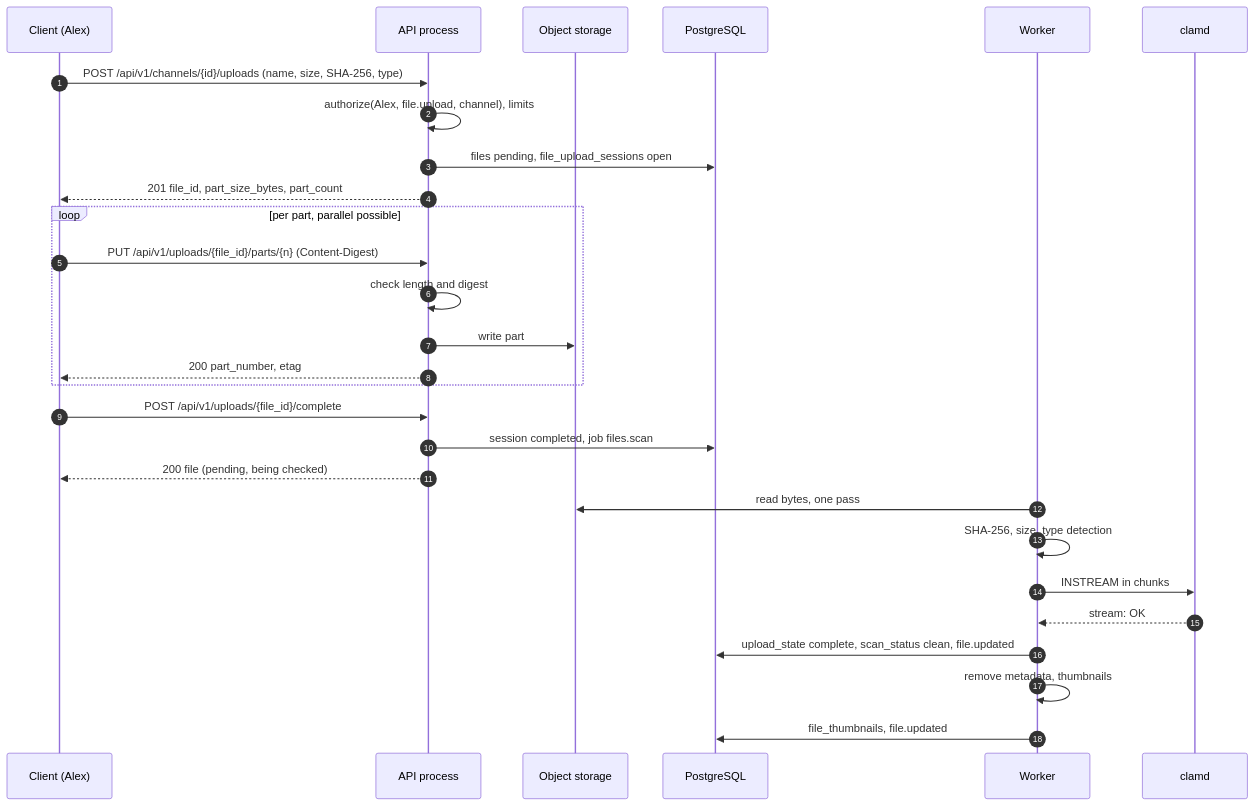
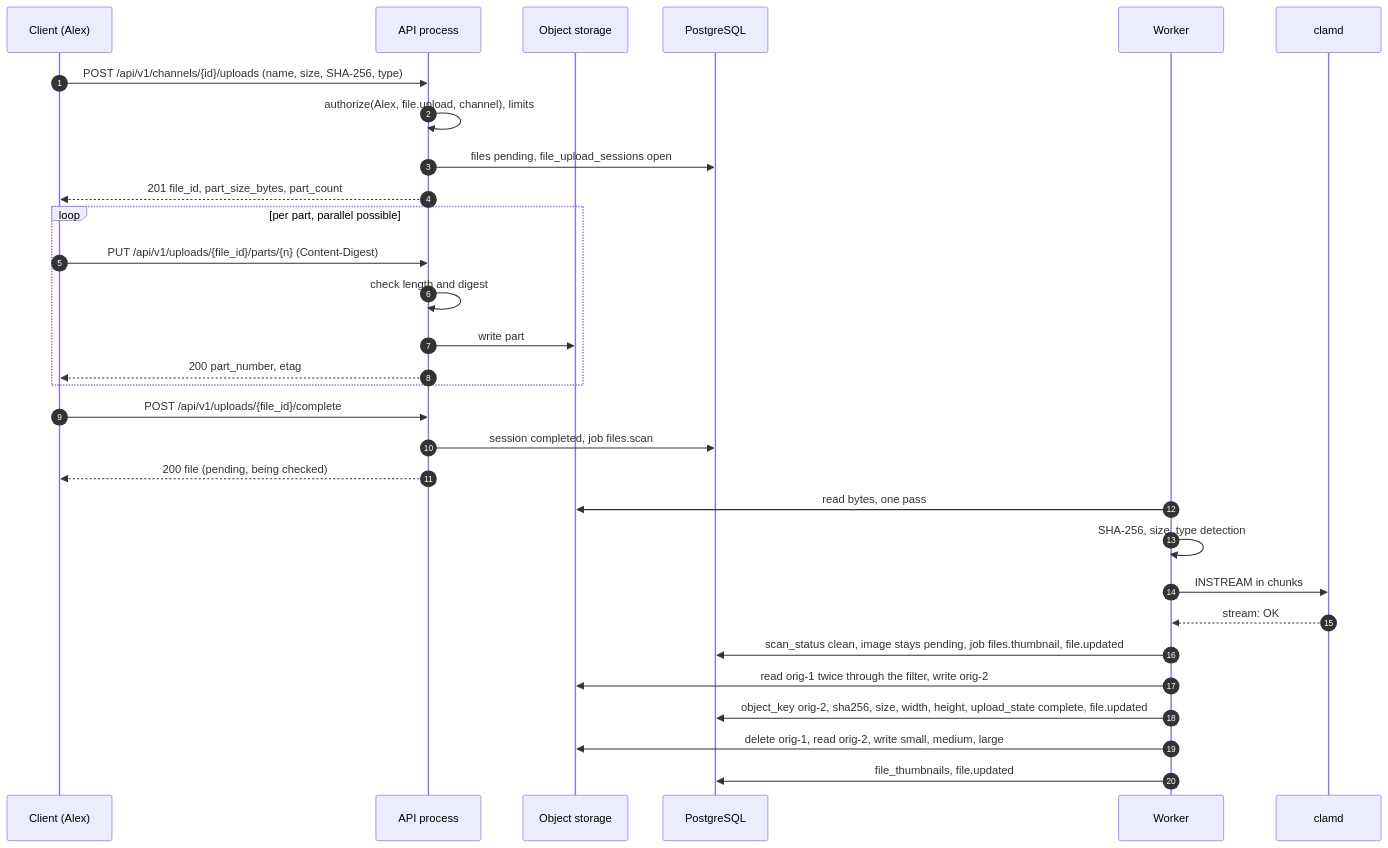
Before and after one commit to mguttmann/bothy: the second of 2 diagrams in docs/spec/12-files.md, drawn with Mermaid. The commit also changed other lines of this file and 81 other files, not shown here.

First line of the commit message:
feat(files): image metadata removal and thumbnails (M3-06) (#262)

````diff
--- a/docs/spec/12-files.md
+++ b/docs/spec/12-files.md
@@ -238,30 +253,32 @@
 ```mermaid
 sequenceDiagram
     autonumber
     participant C as Client (Alex)
     participant API as API process
     participant OS as Object storage
     participant DB as PostgreSQL
     participant W as Worker
     participant AV as clamd
     C->>API: POST /api/v1/channels/{id}/uploads (name, size, SHA-256, type)
     API->>API: authorize(Alex, file.upload, channel), limits
     API->>DB: files pending, file_upload_sessions open
     API-->>C: 201 file_id, part_size_bytes, part_count
     loop per part, parallel possible
         C->>API: PUT /api/v1/uploads/{file_id}/parts/{n} (Content-Digest)
         API->>API: check length and digest
         API->>OS: write part
         API-->>C: 200 part_number, etag
     end
     C->>API: POST /api/v1/uploads/{file_id}/complete
     API->>DB: session completed, job files.scan
     API-->>C: 200 file (pending, being checked)
     W->>OS: read bytes, one pass
     W->>W: SHA-256, size, type detection
     W->>AV: INSTREAM in chunks
     AV-->>W: stream: OK
-    W->>DB: upload_state complete, scan_status clean, file.updated
-    W->>W: remove metadata, thumbnails
+    W->>DB: scan_status clean, image stays pending, job files.thumbnail, file.updated
+    W->>OS: read orig-1 twice through the filter, write orig-2
+    W->>DB: object_key orig-2, sha256, size, width, height, upload_state complete, file.updated
+    W->>OS: delete orig-1, read orig-2, write small, medium, large
     W->>DB: file_thumbnails, file.updated
 ```
````
